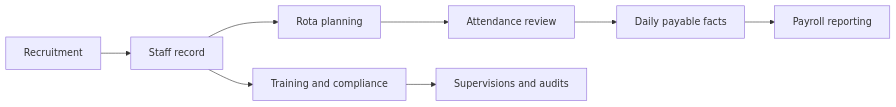
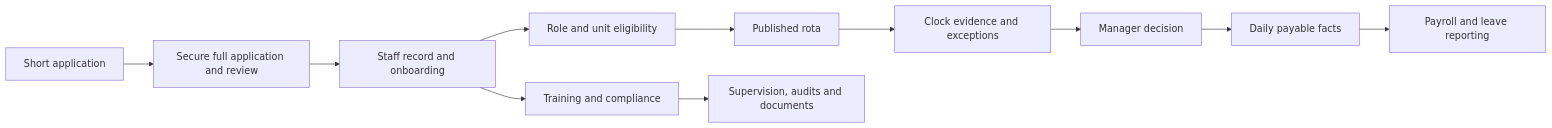
The first of 2 diagrams in care-operations-platform.md (mrprosm78/engineering-project-case-studies), drawn with Mermaid before and after one commit. The commit also changed other lines of this file, not shown here.

````diff
--- a/care-operations-platform.md
+++ b/care-operations-platform.md
@@ -11,10 +17,13 @@
 ```mermaid
 flowchart LR
-    A["Recruitment"] --> B["Staff record"]
-    B --> C["Rota planning"]
-    C --> D["Attendance review"]
-    D --> E["Daily payable facts"]
-    E --> F["Payroll reporting"]
-    B --> G["Training and compliance"]
-    G --> H["Supervisions and audits"]
+    A["Short application"] --> B["Secure full application and review"]
+    B --> C["Staff record and onboarding"]
+    C --> D["Role and unit eligibility"]
+    D --> E["Published rota"]
+    E --> F["Clock evidence and exceptions"]
+    F --> G["Manager decision"]
+    G --> H["Daily payable facts"]
+    H --> I["Payroll and leave reporting"]
+    C --> J["Training and compliance"]
+    J --> K["Supervision, audits and documents"]
 ```
````
